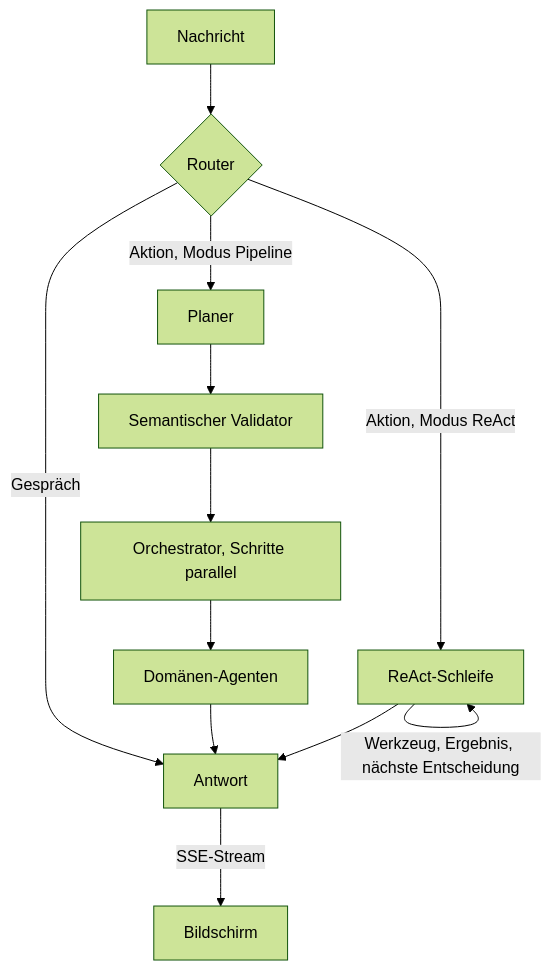
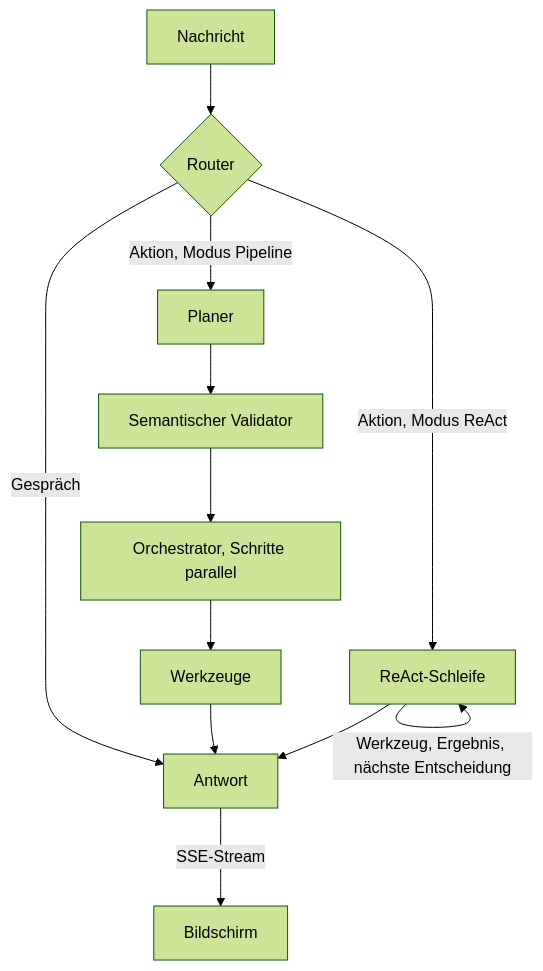
Before and after one commit to jgouviergmail/LIA-Assistant: the second of 4 diagrams in apps/web/src/data/guides/how.de.md, drawn with Mermaid (forest theme). The commit also changed other lines of this file and 612 other files, not shown here.

````diff
--- a/apps/web/src/data/guides/how.de.md
+++ b/apps/web/src/data/guides/how.de.md
@@ -86,14 +86,14 @@
 ```mermaid
 flowchart TD
     M["Nachricht"] --> R{"Router"}
     R -->|"Gespräch"| S["Antwort"]
     R -->|"Aktion, Modus Pipeline"| P["Planer"]
     P --> V["Semantischer Validator"]
     V --> O["Orchestrator, Schritte parallel"]
-    O --> A["Domänen-Agenten"]
+    O --> A["Werkzeuge"]
     A --> S
     R -->|"Aktion, Modus ReAct"| L["ReAct-Schleife"]
     L -->|"Werkzeug, Ergebnis, nächste Entscheidung"| L
     L --> S
     S -->|"SSE-Stream"| U["Bildschirm"]
 ```
````
